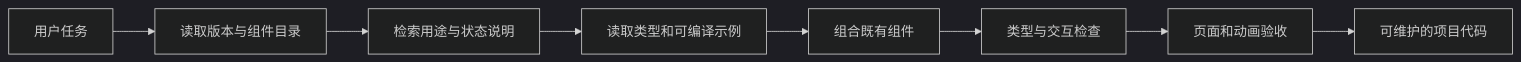
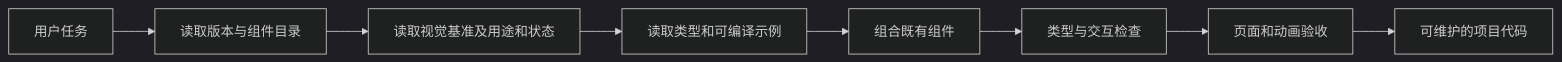
Before and after one commit to wen2so/aig-ui: the diagram in docs/ai-reuse-spec.md, drawn with Mermaid (dark theme). The commit also changed other lines of this file and 23 other files, not shown here.

````diff
--- a/docs/ai-reuse-spec.md
+++ b/docs/ai-reuse-spec.md
@@ -7,10 +7,10 @@
 ```mermaid
 flowchart LR
   U[用户任务] --> I[读取版本与组件目录]
-  I --> D[检索用途与状态说明]
+  I --> D[读取视觉基准及用途和状态]
   D --> E[读取类型和可编译示例]
   E --> C[组合既有组件]
   C --> T[类型与交互检查]
   T --> V[页面和动画验收]
   V --> O[可维护的项目代码]
 ```
````
